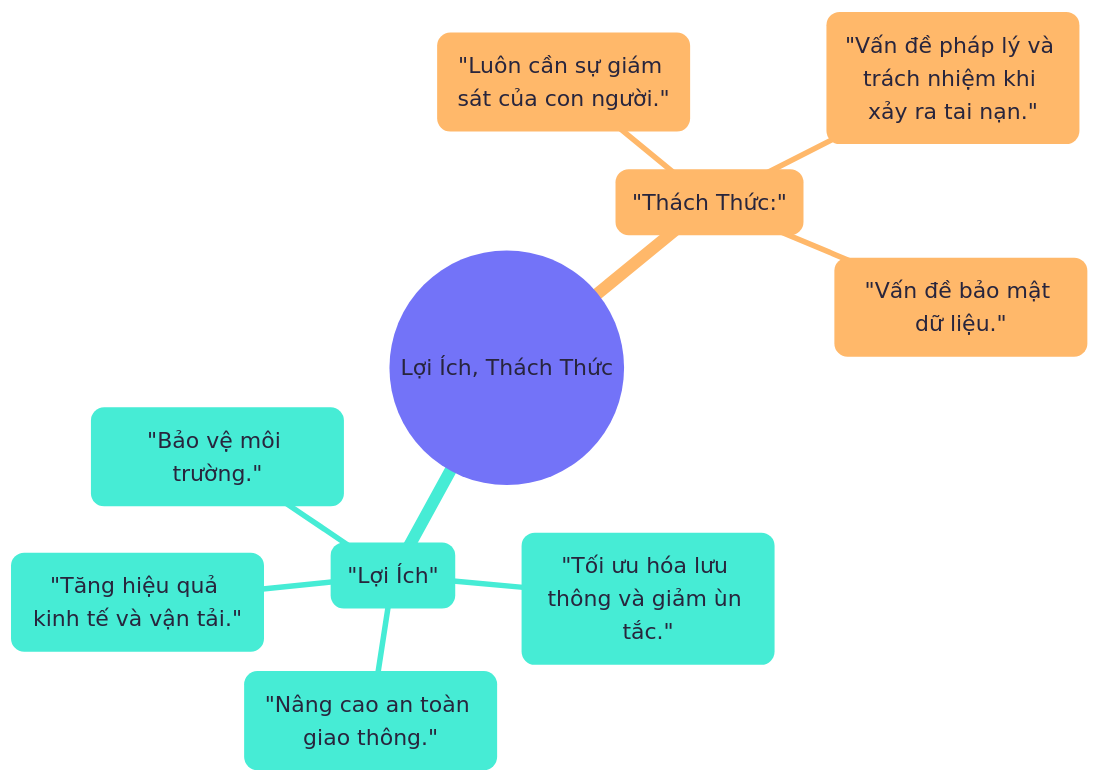
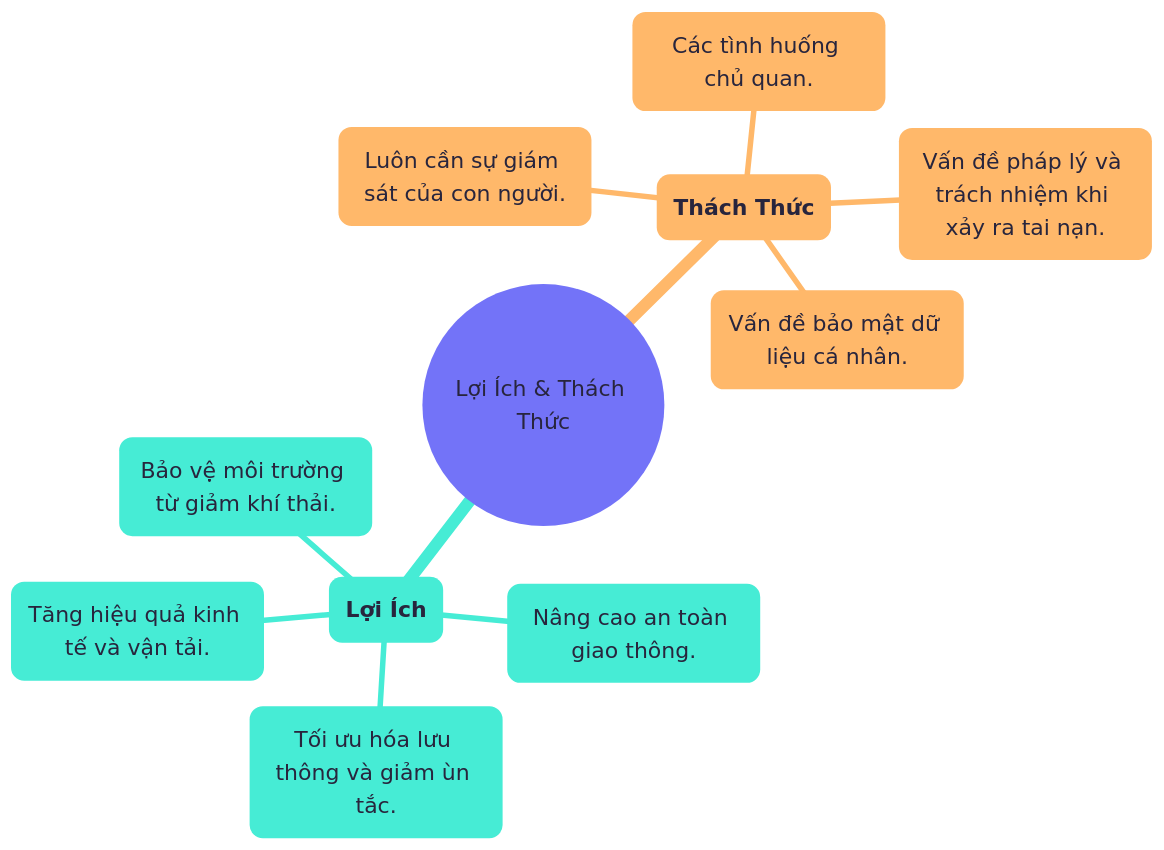
One commit to sam-uit/typst-report-template changed the diagram in content/diagrams/chapter02-loi-ich-thach-thuc.mmd. Above: the diagram before and after it, drawn with Mermaid. The commit also changed 2 other files, not shown here.

```diff
--- a/content/diagrams/chapter02-loi-ich-thach-thuc.mmd
+++ b/content/diagrams/chapter02-loi-ich-thach-thuc.mmd
@@ -1,18 +1,19 @@
 ---
 config:
   theme: redux-color
   themeVariables:
     fontFamily: Google Sans
     fontSize: 20px
 ---
 mindmap
-  root(("Lợi Ích, Thách Thức"))
-    "Lợi Ích"
-        "Nâng cao an toàn giao thông."
-        "Tối ưu hóa lưu thông và giảm ùn tắc."
-        "Tăng hiệu quả kinh tế và vận tải."
-        "Bảo vệ môi trường."
-    "Thách Thức:"
-        "Luôn cần sự giám sát của con người."
-        "Vấn đề pháp lý và trách nhiệm khi xảy ra tai nạn."
-        "Vấn đề bảo mật dữ liệu."
+  root(("Lợi Ích & Thách Thức"))
+    (**Lợi Ích**)
+        Nâng cao an toàn giao thông.
+        Tối ưu hóa lưu thông và giảm ùn tắc.
+        Tăng hiệu quả kinh tế và vận tải.
+        Bảo vệ môi trường từ giảm khí thải.
+    (**Thách Thức**)
+        Luôn cần sự giám sát của con người.
+        Các tình huống chủ quan.
+        Vấn đề pháp lý và trách nhiệm khi xảy ra tai nạn.
+        Vấn đề bảo mật dữ liệu cá nhân.
```
